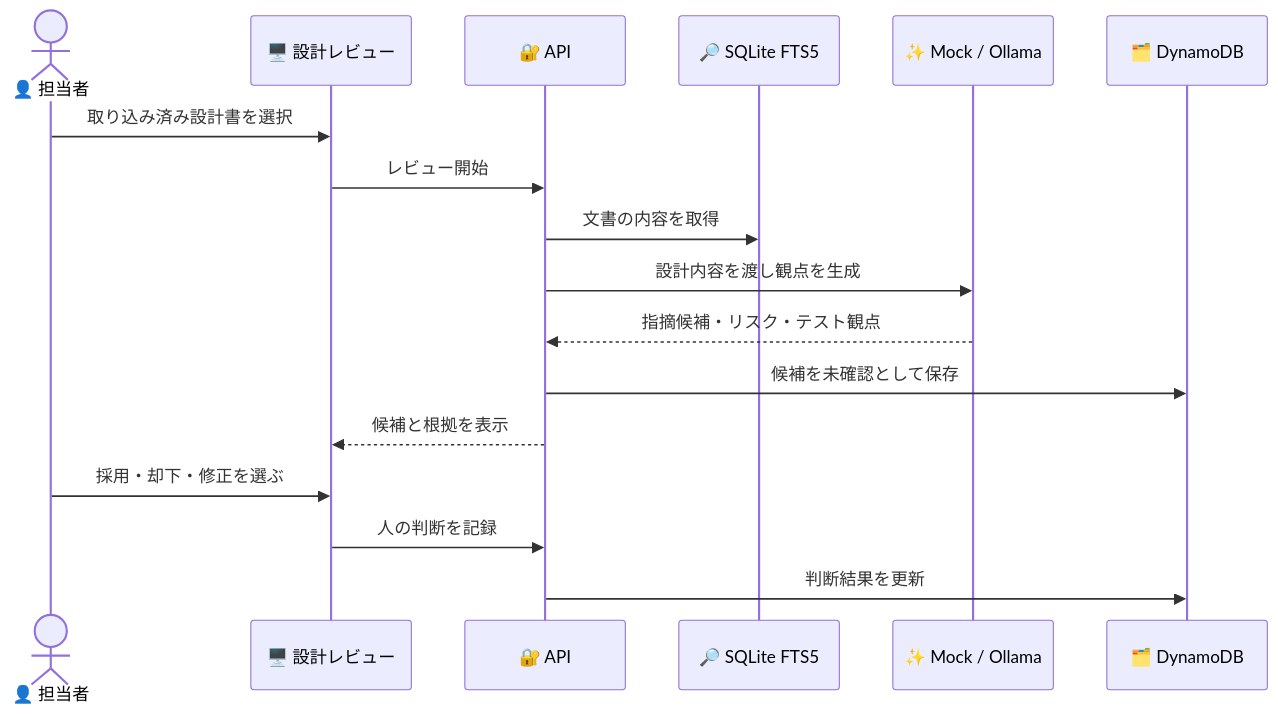
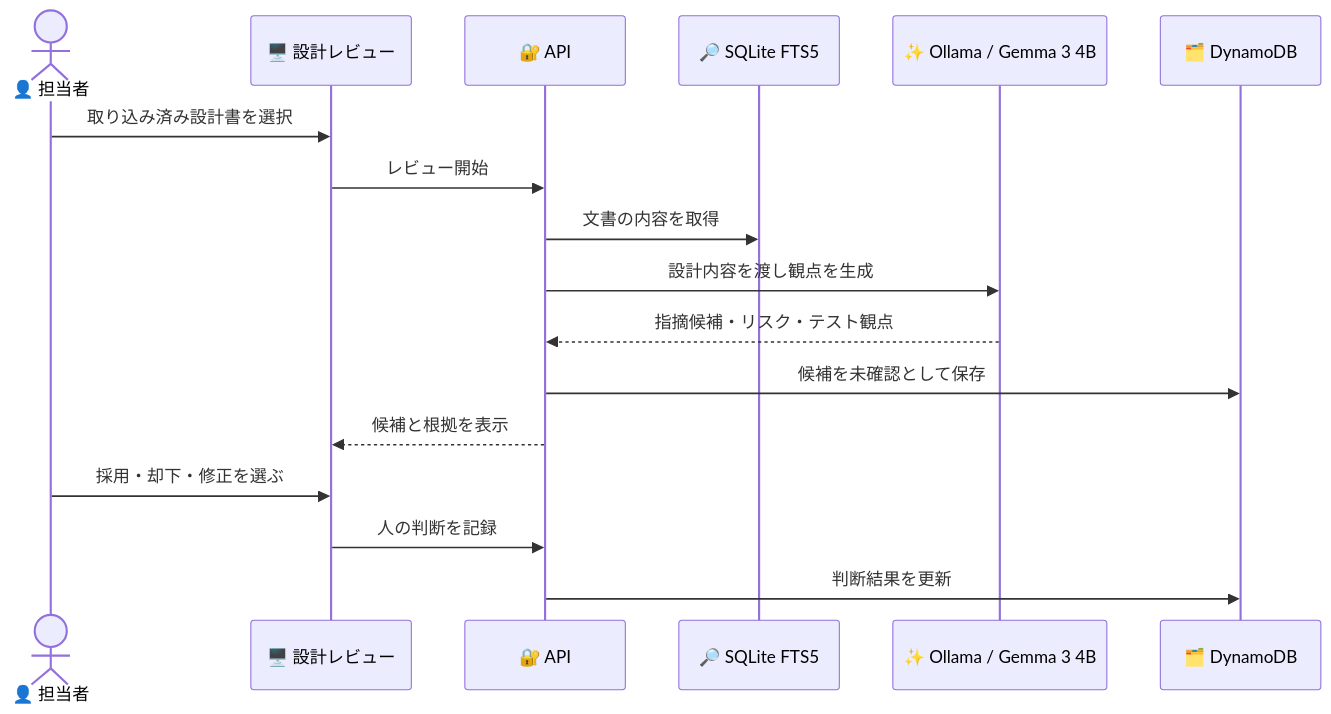
Before and after one commit to kamn-sap/ai-manufacturing-poc: the fourth of 5 diagrams in docs/architecture.md, drawn with Mermaid. The commit also changed other lines of this file and 13 other files, not shown here.

````diff
--- a/docs/architecture.md
+++ b/docs/architecture.md
@@ -96,19 +96,19 @@
 ```mermaid
 sequenceDiagram
     actor Reviewer as 👤 担当者
     participant UI as 🖥️ 設計レビュー
     participant API as 🔐 API
     participant FTS as 🔎 SQLite FTS5
-    participant LLM as ✨ Mock / Ollama
+    participant LLM as ✨ Ollama / Gemma 3 4B
     participant DDB as 🗂️ DynamoDB
     Reviewer->>UI: 取り込み済み設計書を選択
     UI->>API: レビュー開始
     API->>FTS: 文書の内容を取得
     API->>LLM: 設計内容を渡し観点を生成
     LLM-->>API: 指摘候補・リスク・テスト観点
     API->>DDB: 候補を未確認として保存
     API-->>UI: 候補と根拠を表示
     Reviewer->>UI: 採用・却下・修正を選ぶ
     UI->>API: 人の判断を記録
     API->>DDB: 判断結果を更新
 ```
````
